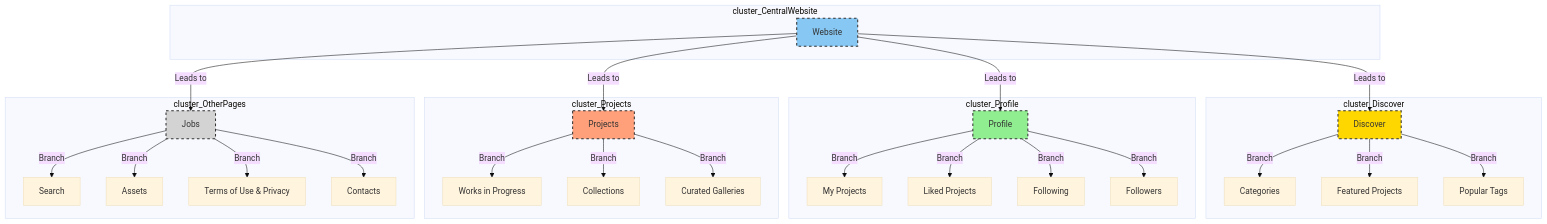
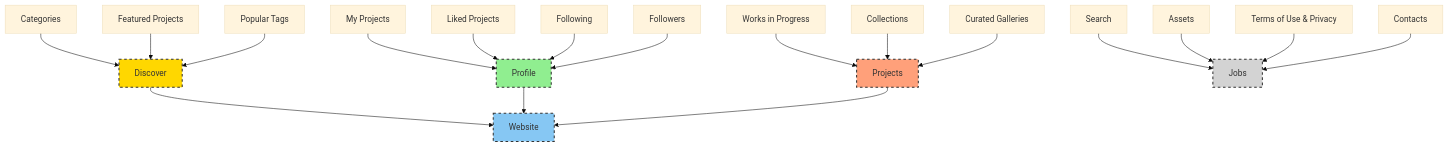
The diagram in README.md (Yarema91/Blockscheme-), drawn with Mermaid (base theme) before and after one commit.

````diff
--- a/README.md
+++ b/README.md
@@ -3,64 +3,36 @@
 ```mermaid
-
 graph TB;
 
 style A fill:#86C7F3, stroke:#333, stroke-width:2px, stroke-dasharray: 5, 5;
 style B fill:#FFD700, stroke:#333, stroke-width:2px, stroke-dasharray: 5, 5;
 style F fill:#90EE90, stroke:#333, stroke-width:2px, stroke-dasharray: 5, 5;
 style K fill:#FFA07A, stroke:#333, stroke-width:2px, stroke-dasharray: 5, 5;
 style O fill:#D3D3D3, stroke:#333, stroke-width:2px, stroke-dasharray: 5, 5;
 
-subgraph cluster_CentralWebsite
-  A[Website]
-end
+A[Website]
+B[Discover]
+C[Categories]
+D[Featured Projects]
+E[Popular Tags]
+F[Profile]
+G[My Projects]
+H[Liked Projects]
+I[Following]
+J[Followers]
+K[Projects]
+L[Works in Progress]
+M[Collections]
+N[Curated Galleries]
+O[Jobs]
+P[Search]
+Q[Assets]
+R[Terms of Use & Privacy]
+S[Contacts]
 
-subgraph cluster_Discover
-  B[Discover]
-  C[Categories]
-  D[Featured Projects]
-  E[Popular Tags]
-end
-
-subgraph cluster_Profile
-  F[Profile]
-  G[My Projects]
-  H[Liked Projects]
-  I[Following]
-  J[Followers]
-end
-
-subgraph cluster_Projects
-  K[Projects]
-  L[Works in Progress]
-  M[Collections]
-  N[Curated Galleries]
-end
-
-subgraph cluster_OtherPages
-  O[Jobs]
-  P[Search]
-  Q[Assets]
-  R[Terms of Use & Privacy]
-  S[Contacts]
-end
-
-A -->|Leads to| B;
-A -->|Leads to| F;
-A -->|Leads to| K;
-A -->|Leads to| O;
-B -->|Branch| C;
-B -->|Branch| D;
-B -->|Branch| E;
-F -->|Branch| G;
-F -->|Branch| H;
-F -->|Branch| I;
-F -->|Branch| J;
-K -->|Branch| L;
-K -->|Branch| M;
-K -->|Branch| N;
-O -->|Branch| P;
-O -->|Branch| Q;
-O -->|Branch| R;
-O -->|Branch| S;
+B & F & K --> A;
+C & D & E --> B;
+G & H & I & J --> F;
+L & M & N --> K;
+P & Q & R & S --> O;
 
 ```
````
